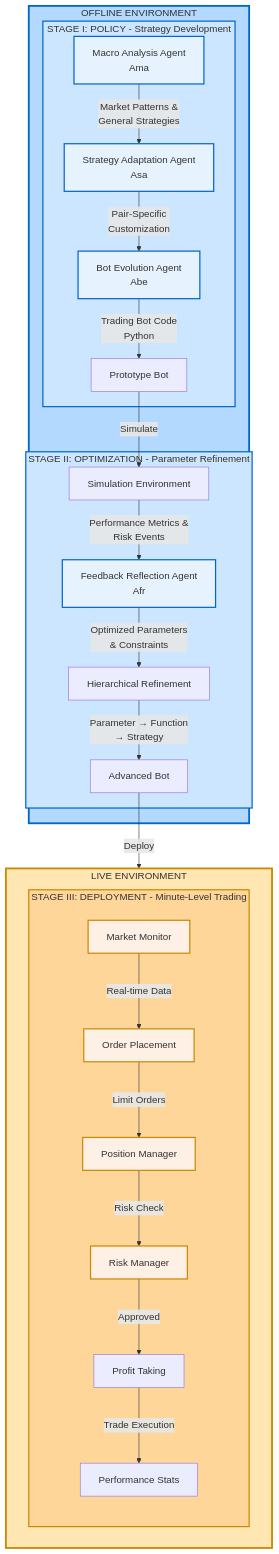
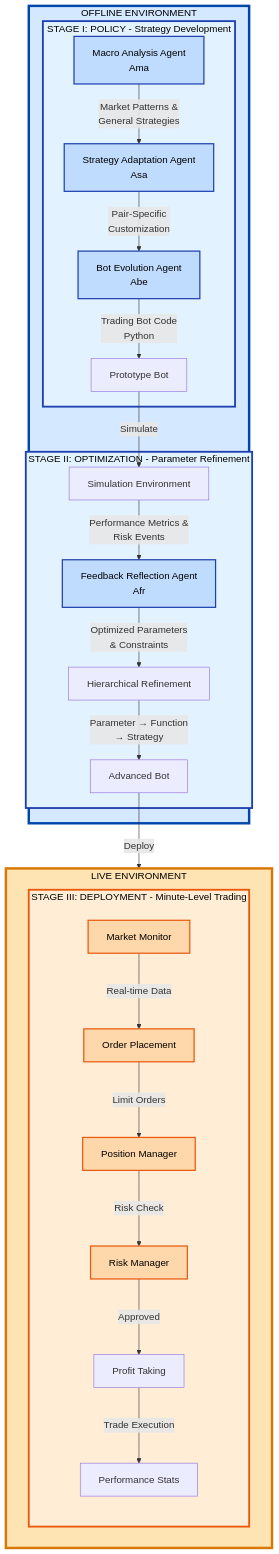
One commit to ReverseZoom2151/TiMi changed the diagram in README.md. Above: the diagram before and after it, drawn with Mermaid. The commit also changed 2 other files, not shown here.

Commit message:
Fix import errors and improve diagram contrast
- Export BotConfig from timi.core module (fixes ImportError)
- Fix test_system.py path to correctly find timi module
- Improve Mermaid diagram color contrast significantly
- Use darker, more visible colors with better contrast ratios
- Add explicit black text color for readability
- Increase border widths for main environments (4px)
- Ensure diagram works in both light and dark themes

````diff
--- a/README.md
+++ b/README.md
@@ -123,43 +123,43 @@
 ```mermaid
 graph TB
     subgraph OFFLINE["OFFLINE ENVIRONMENT"]
         subgraph POLICY["STAGE I: POLICY - Strategy Development"]
             A[Macro Analysis Agent<br/>Ama] -->|Market Patterns &<br/>General Strategies| B[Strategy Adaptation Agent<br/>Asa]
             B -->|Pair-Specific<br/>Customization| C[Bot Evolution Agent<br/>Abe]
             C -->|Trading Bot Code<br/>Python| D[Prototype Bot]
         end
 
         subgraph OPT["STAGE II: OPTIMIZATION - Parameter Refinement"]
             D -->|Simulate| E[Simulation Environment]
             E -->|Performance Metrics &<br/>Risk Events| F[Feedback Reflection Agent<br/>Afr]
             F -->|Optimized Parameters<br/>& Constraints| G[Hierarchical Refinement]
             G -->|Parameter → Function<br/>→ Strategy| H[Advanced Bot]
         end
     end
 
     H -->|Deploy| LIVE
 
     subgraph LIVE["LIVE ENVIRONMENT"]
         subgraph DEPLOY["STAGE III: DEPLOYMENT - Minute-Level Trading"]
             I[Market Monitor] -->|Real-time Data| J[Order Placement]
             J -->|Limit Orders| K[Position Manager]
             K -->|Risk Check| L[Risk Manager]
             L -->|Approved| M[Profit Taking]
             M -->|Trade Execution| N[Performance Stats]
         end
     end
 
-    style OFFLINE fill:#b3d9ff,stroke:#0066cc,stroke-width:3px
-    style LIVE fill:#ffe6b3,stroke:#cc8800,stroke-width:3px
-    style POLICY fill:#cce6ff,stroke:#0066cc,stroke-width:2px
-    style OPT fill:#cce6ff,stroke:#0066cc,stroke-width:2px
-    style DEPLOY fill:#ffd699,stroke:#cc8800,stroke-width:2px
-    style A fill:#e6f3ff,stroke:#0066cc,stroke-width:2px
-    style B fill:#e6f3ff,stroke:#0066cc,stroke-width:2px
-    style C fill:#e6f3ff,stroke:#0066cc,stroke-width:2px
-    style F fill:#e6f3ff,stroke:#0066cc,stroke-width:2px
-    style I fill:#fff0e6,stroke:#cc8800,stroke-width:2px
-    style J fill:#fff0e6,stroke:#cc8800,stroke-width:2px
-    style K fill:#fff0e6,stroke:#cc8800,stroke-width:2px
-    style L fill:#fff0e6,stroke:#cc8800,stroke-width:2px
+    style OFFLINE fill:#d4e8ff,stroke:#0047ab,stroke-width:4px,color:#000
+    style LIVE fill:#ffe4b3,stroke:#d97706,stroke-width:4px,color:#000
+    style POLICY fill:#e3f2ff,stroke:#1e40af,stroke-width:3px,color:#000
+    style OPT fill:#e3f2ff,stroke:#1e40af,stroke-width:3px,color:#000
+    style DEPLOY fill:#ffedd5,stroke:#ea580c,stroke-width:3px,color:#000
+    style A fill:#bfdbfe,stroke:#1e40af,stroke-width:2px,color:#000
+    style B fill:#bfdbfe,stroke:#1e40af,stroke-width:2px,color:#000
+    style C fill:#bfdbfe,stroke:#1e40af,stroke-width:2px,color:#000
+    style F fill:#bfdbfe,stroke:#1e40af,stroke-width:2px,color:#000
+    style I fill:#fed7aa,stroke:#ea580c,stroke-width:2px,color:#000
+    style J fill:#fed7aa,stroke:#ea580c,stroke-width:2px,color:#000
+    style K fill:#fed7aa,stroke:#ea580c,stroke-width:2px,color:#000
+    style L fill:#fed7aa,stroke:#ea580c,stroke-width:2px,color:#000
 ```
````
